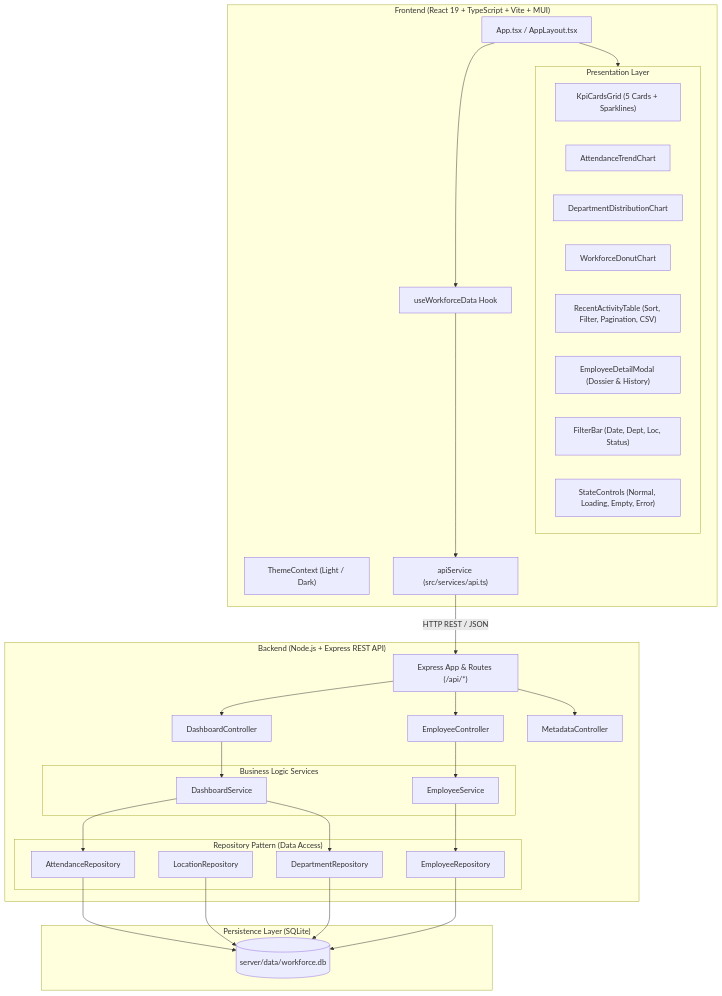
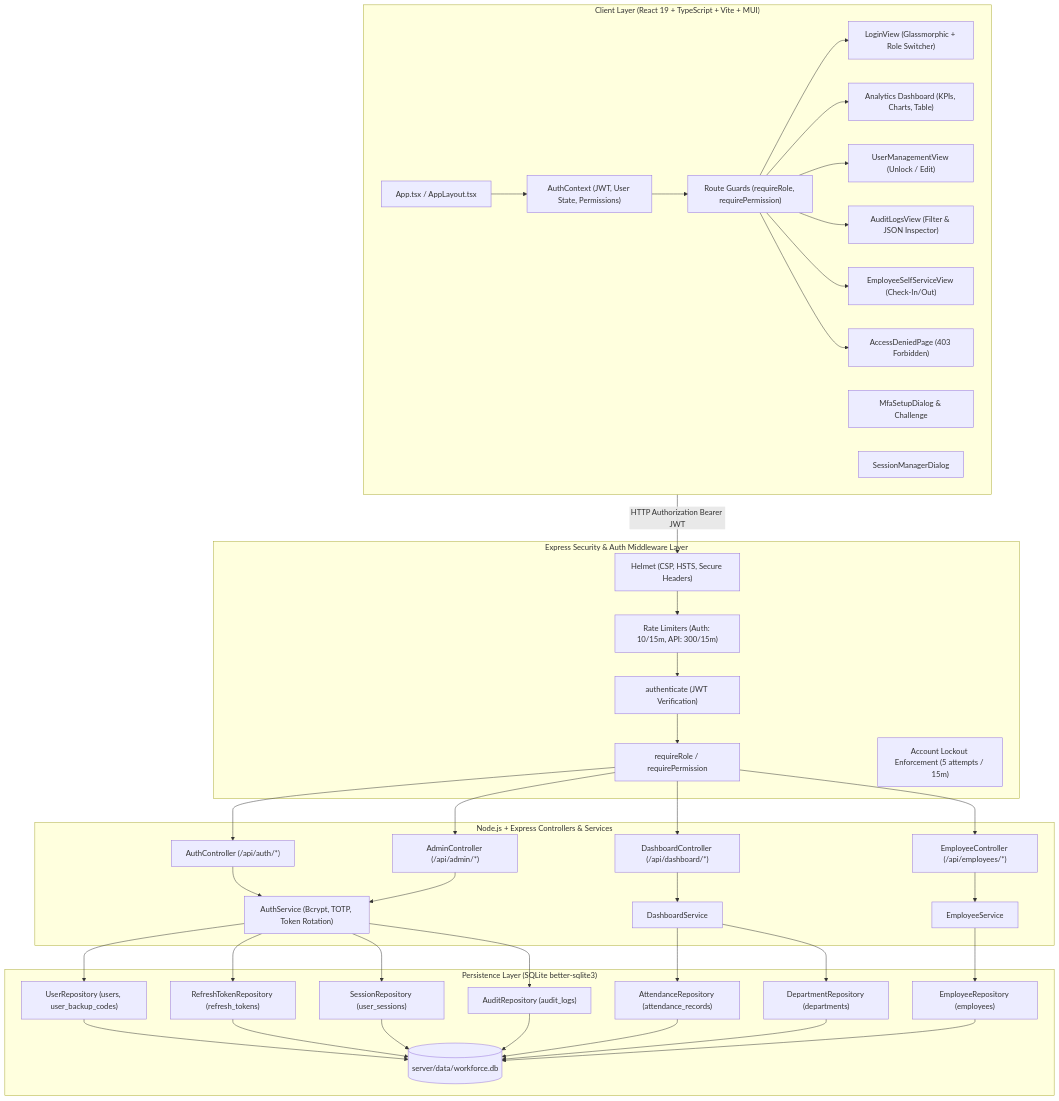
The first of 2 diagrams in README.md (premmure-sketch/UX-Development), drawn with Mermaid before and after one commit. The commit also changed other lines of this file and 49 other files, not shown here.

Commit message:
feat(auth): complete enterprise authentication, RBAC, SQLite integration, and security test suite

````diff
--- a/README.md
+++ b/README.md
@@ -27,65 +63,72 @@
 ```mermaid
 flowchart TD
-    subgraph Client ["Frontend (React 19 + TypeScript + Vite + MUI)"]
+    subgraph Client ["Client Layer (React 19 + TypeScript + Vite + MUI)"]
         UI["App.tsx / AppLayout.tsx"]
-        Theme["ThemeContext (Light / Dark)"]
-        Hook["useWorkforceData Hook"]
-        API["apiService (src/services/api.ts)"]
-        
-        UI --> Hook
-        Hook --> API
-        
-        subgraph VisualComponents ["Presentation Layer"]
-            KPI["KpiCardsGrid (5 Cards + Sparklines)"]
-            Trends["AttendanceTrendChart"]
-            DeptBar["DepartmentDistributionChart"]
-            Donut["WorkforceDonutChart"]
-            Table["RecentActivityTable (Sort, Filter, Pagination, CSV)"]
-            Modal["EmployeeDetailModal (Dossier & History)"]
-            Filters["FilterBar (Date, Dept, Loc, Status)"]
-            StateCtrl["StateControls (Normal, Loading, Empty, Error)"]
-        end
-        
-        UI --> VisualComponents
+        AuthCtx["AuthContext (JWT, User State, Permissions)"]
+        AuthGuard["Route Guards (requireRole, requirePermission)"]
+        Login["LoginView (Glassmorphic + Role Switcher)"]
+        MfaModal["MfaSetupDialog & Challenge"]
+        SessionModal["SessionManagerDialog"]
+        UserMgmt["UserManagementView (Unlock / Edit)"]
+        AuditView["AuditLogsView (Filter & JSON Inspector)"]
+        SelfService["EmployeeSelfServiceView (Check-In/Out)"]
+        DashView["Analytics Dashboard (KPIs, Charts, Table)"]
+        AccessDenied["AccessDeniedPage (403 Forbidden)"]
+
+        UI --> AuthCtx
+        AuthCtx --> AuthGuard
+        AuthGuard --> Login
+        AuthGuard --> DashView
+        AuthGuard --> UserMgmt
+        AuthGuard --> AuditView
+        AuthGuard --> SelfService
+        AuthGuard --> AccessDenied
     end
 
-    subgraph Server ["Backend (Node.js + Express REST API)"]
-        Router["Express App & Routes (/api/*)"]
-        DashCtrl["DashboardController"]
-        EmpCtrl["EmployeeController"]
-        MetaCtrl["MetadataController"]
-        
-        Router --> DashCtrl
-        Router --> EmpCtrl
-        Router --> MetaCtrl
-        
-        subgraph ServicesLayer ["Business Logic Services"]
-            DashSvc["DashboardService"]
-            EmpSvc["EmployeeService"]
-        end
-        
-        DashCtrl --> DashSvc
-        EmpCtrl --> EmpSvc
-        
-        subgraph RepoLayer ["Repository Pattern (Data Access)"]
-            DeptRepo["DepartmentRepository"]
-            LocRepo["LocationRepository"]
-            EmpRepo["EmployeeRepository"]
-            AttRepo["AttendanceRepository"]
-        end
-        
-        DashSvc --> AttRepo
-        DashSvc --> DeptRepo
-        EmpSvc --> EmpRepo
+    subgraph SecurityMW ["Express Security & Auth Middleware Layer"]
+        Helmet["Helmet (CSP, HSTS, Secure Headers)"]
+        RateLimiter["Rate Limiters (Auth: 10/15m, API: 300/15m)"]
+        AuthMW["authenticate (JWT Verification)"]
+        RoleMW["requireRole / requirePermission"]
+        LockoutMW["Account Lockout Enforcement (5 attempts / 15m)"]
     end
 
-    subgraph Database ["Persistence Layer (SQLite)"]
-        DB[(server/data/workforce.db)]
-        AttRepo --> DB
-        EmpRepo --> DB
-        DeptRepo --> DB
-        LocRepo --> DB
+    subgraph BackendAPI ["Node.js + Express Controllers & Services"]
+        AuthCtrl["AuthController (/api/auth/*)"]
+        AdminCtrl["AdminController (/api/admin/*)"]
+        DashCtrl["DashboardController (/api/dashboard/*)"]
+        EmpCtrl["EmployeeController (/api/employees/*)"]
+        
+        AuthSvc["AuthService (Bcrypt, TOTP, Token Rotation)"]
+        DashSvc["DashboardService"]
+        EmpSvc["EmployeeService"]
     end
 
-    API -->|HTTP REST / JSON| Router
+    subgraph Persistence ["Persistence Layer (SQLite better-sqlite3)"]
+        DB[(server/data/workforce.db)]
+        UserRepo["UserRepository (users, user_backup_codes)"]
+        TokenRepo["RefreshTokenRepository (refresh_tokens)"]
+        SessionRepo["SessionRepository (user_sessions)"]
+        AuditRepo["AuditRepository (audit_logs)"]
+        AttRepo["AttendanceRepository (attendance_records)"]
+        EmpRepo["EmployeeRepository (employees)"]
+        DeptRepo["DepartmentRepository (departments)"]
+    end
+
+    Client -->|HTTP Authorization Bearer JWT| Helmet
+    Helmet --> RateLimiter
+    RateLimiter --> AuthMW
+    AuthMW --> RoleMW
+    RoleMW --> AuthCtrl & AdminCtrl & DashCtrl & EmpCtrl
+
+    AuthCtrl --> AuthSvc
+    AdminCtrl --> AuthSvc
+    DashCtrl --> DashSvc
+    EmpCtrl --> EmpSvc
+
+    AuthSvc --> UserRepo & TokenRepo & SessionRepo & AuditRepo
+    DashSvc --> AttRepo & DeptRepo
+    EmpSvc --> EmpRepo
+
+    UserRepo & TokenRepo & SessionRepo & AuditRepo & AttRepo & EmpRepo & DeptRepo --> DB
 ```
````
